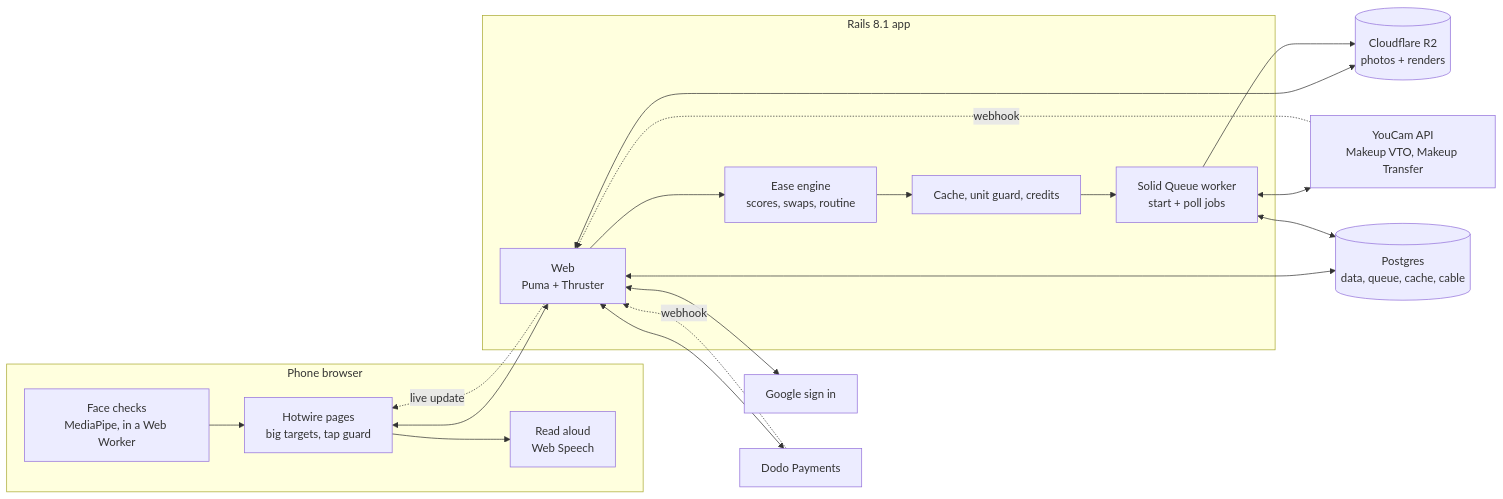
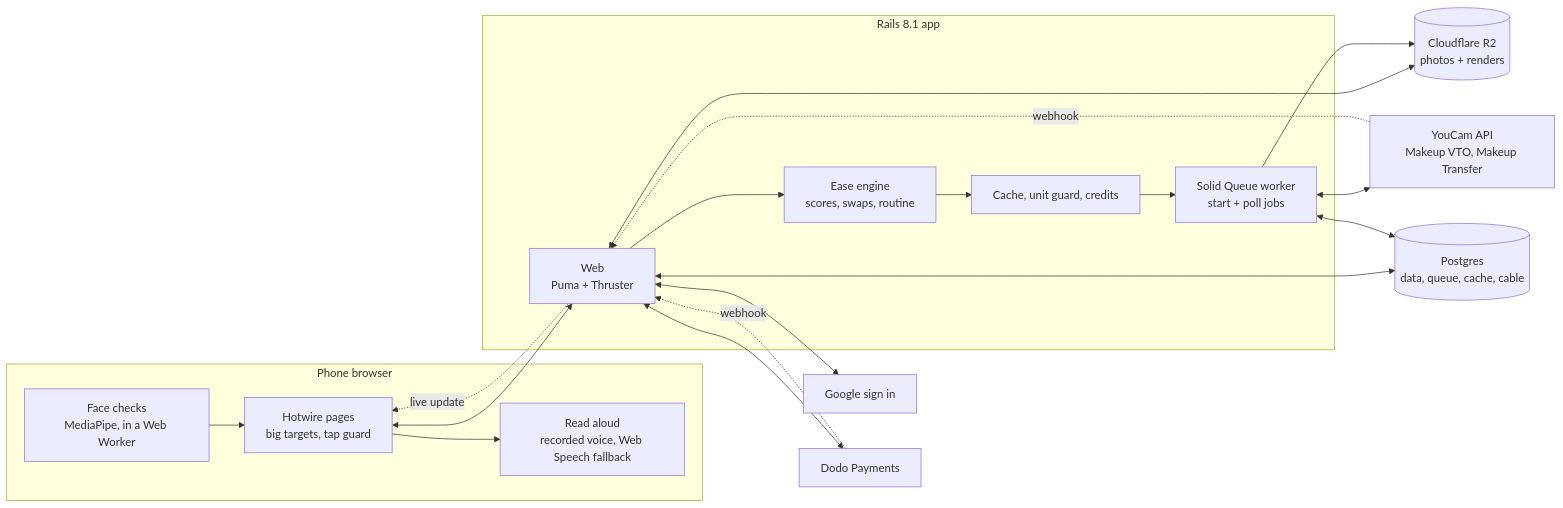
Before and after one commit to inventionsbyhamid/blendolo: the first of 2 diagrams in README.md, drawn with Mermaid. The commit also changed other lines of this file and 1 other file, not shown here.

Commit message:
docs(voice): say read aloud uses a recorded voice

````diff
--- a/README.md
+++ b/README.md
@@ -36,36 +36,36 @@
 ```mermaid
 flowchart LR
   subgraph Phone["Phone browser"]
     UI["Hotwire pages<br/>big targets, tap guard"]
     FC["Face checks<br/>MediaPipe, in a Web Worker"]
-    TTS["Read aloud<br/>Web Speech"]
+    TTS["Read aloud<br/>recorded voice, Web Speech fallback"]
   end
 
   subgraph App["Rails 8.1 app"]
     Web["Web<br/>Puma + Thruster"]
     Ease["Ease engine<br/>scores, swaps, routine"]
     Guard["Cache, unit guard, credits"]
     Jobs["Solid Queue worker<br/>start + poll jobs"]
   end
 
   DB[("Postgres<br/>data, queue, cache, cable")]
   R2[("Cloudflare R2<br/>photos + renders")]
   YC["YouCam API<br/>Makeup VTO, Makeup Transfer"]
   G["Google sign in"]
   Dodo["Dodo Payments"]
 
   FC --> UI
   UI --> TTS
   UI <--> Web
   Web --> Ease --> Guard --> Jobs
   Jobs <--> YC
   YC -. webhook .-> Web
   Web <--> R2
   Jobs --> R2
   Web <--> DB
   Jobs <--> DB
   Web -. live update .-> UI
   Web <--> G
   Web <--> Dodo
   Dodo -. webhook .-> Web
 ```
````
